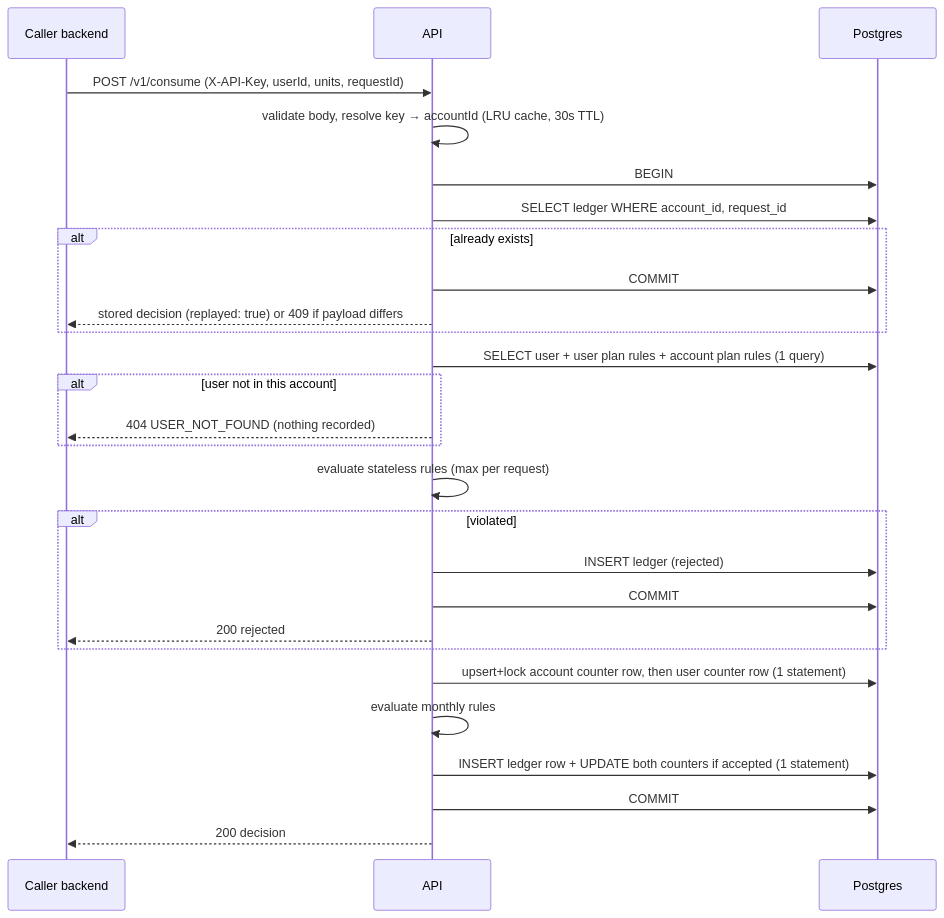
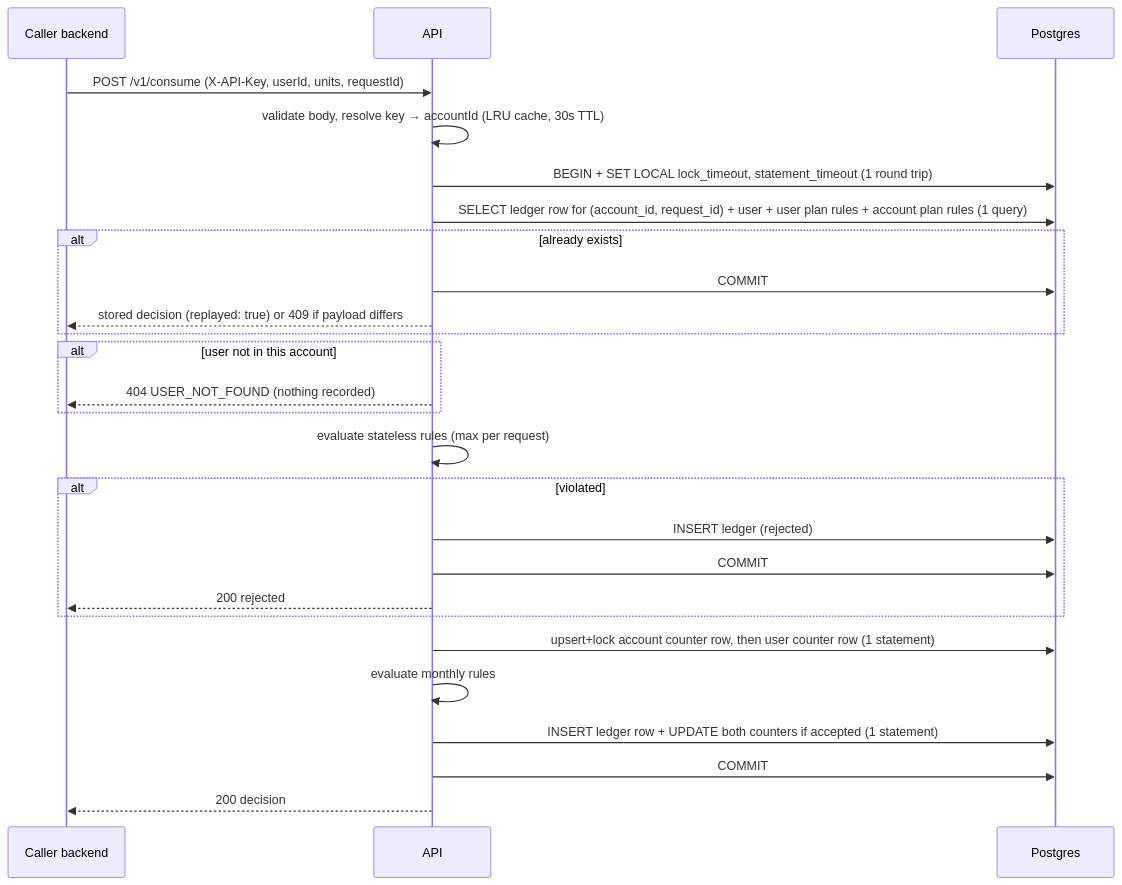
One commit to baraafanah21/Usage-Metering-Quota-Service changed the third of 3 diagrams in DESIGN.md. Above: the diagram before and after it, drawn with Mermaid. The commit also changed 129 other files, not shown here.

Commit message:
perf(consume): send BEGIN with the timeouts and merge the two lookups into one query

````diff
--- a/DESIGN.md
+++ b/DESIGN.md
@@ -331,29 +331,28 @@
 ```mermaid
 sequenceDiagram
     participant C as Caller backend
     participant A as API
     participant P as Postgres
     C->>A: POST /v1/consume (X-API-Key, userId, units, requestId)
     A->>A: validate body, resolve key → accountId (LRU cache, 30s TTL)
-    A->>P: BEGIN
-    A->>P: SELECT ledger WHERE account_id, request_id
+    A->>P: BEGIN + SET LOCAL lock_timeout, statement_timeout (1 round trip)
+    A->>P: SELECT ledger row for (account_id, request_id) + user + user plan rules + account plan rules (1 query)
     alt already exists
         A->>P: COMMIT
         A-->>C: stored decision (replayed: true) or 409 if payload differs
     end
-    A->>P: SELECT user + user plan rules + account plan rules (1 query)
     alt user not in this account
         A-->>C: 404 USER_NOT_FOUND (nothing recorded)
     end
     A->>A: evaluate stateless rules (max per request)
     alt violated
         A->>P: INSERT ledger (rejected)
         A->>P: COMMIT
         A-->>C: 200 rejected
     end
     A->>P: upsert+lock account counter row, then user counter row (1 statement)
     A->>A: evaluate monthly rules
     A->>P: INSERT ledger row + UPDATE both counters if accepted (1 statement)
     A->>P: COMMIT
     A-->>C: 200 decision
 ```
````
